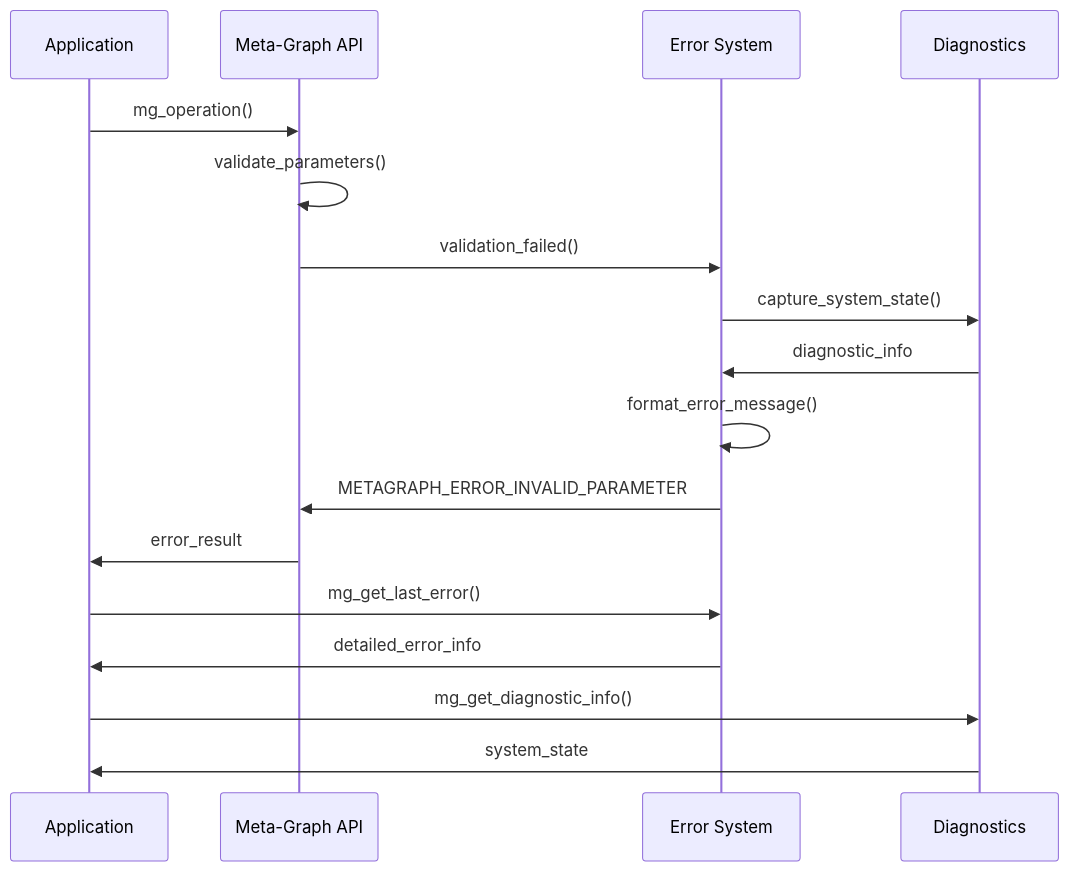
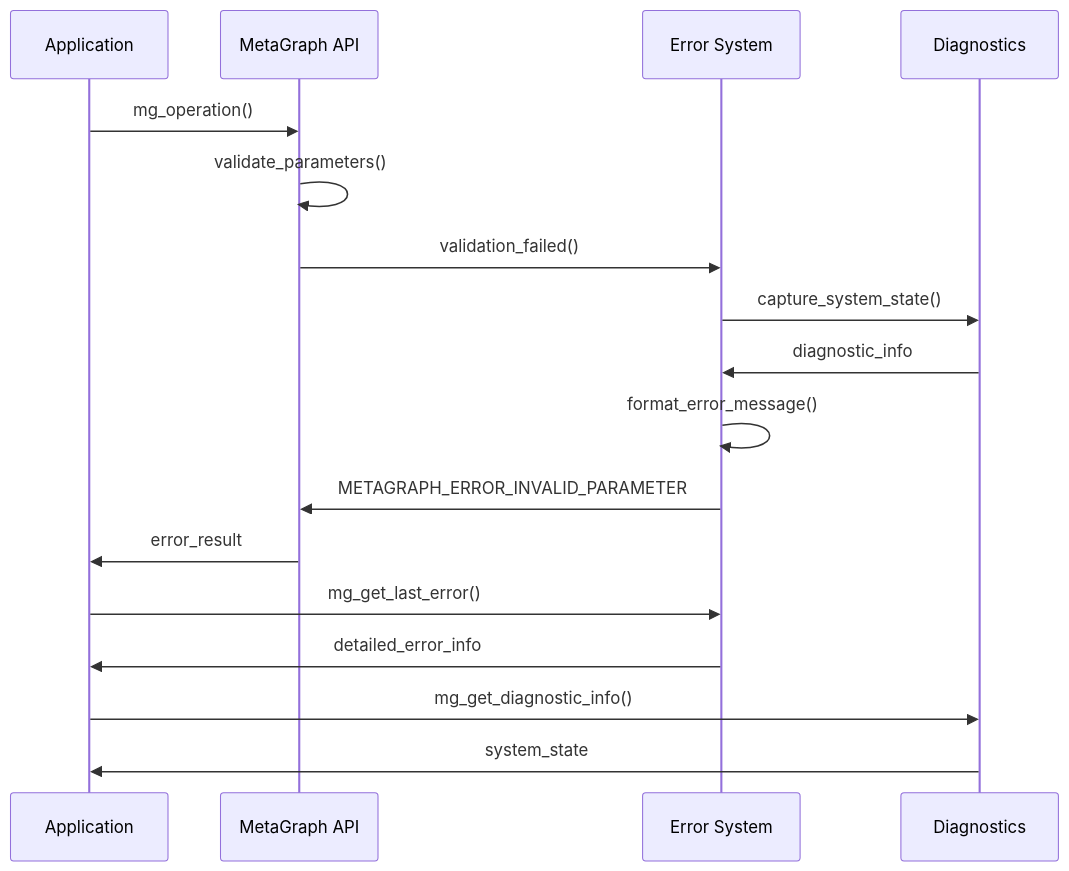
Before and after one commit to hyperdag/core: the third of 3 diagrams in docs/features/F011-error-handling-validation.md, drawn with Mermaid. The commit also changed other lines of this file and 51 other files, not shown here.

Commit message:
chore: rename 'Meta-Graph' to 'MetaGraph'

````diff
--- a/docs/features/F011-error-handling-validation.md
+++ b/docs/features/F011-error-handling-validation.md
@@ -344,21 +344,21 @@
 ```mermaid
 sequenceDiagram
     participant App as Application
-    participant API as Meta-Graph API
+    participant API as MetaGraph API
     participant Error as Error System
     participant Diag as Diagnostics
 
     App->>API: mg_operation()
     API->>API: validate_parameters()
     API->>Error: validation_failed()
     Error->>Diag: capture_system_state()
     Diag->>Error: diagnostic_info
     Error->>Error: format_error_message()
     Error->>API: METAGRAPH_ERROR_INVALID_PARAMETER
     API->>App: error_result
 
     App->>Error: mg_get_last_error()
     Error->>App: detailed_error_info
     App->>Diag: mg_get_diagnostic_info()
     Diag->>App: system_state
 ```
````
